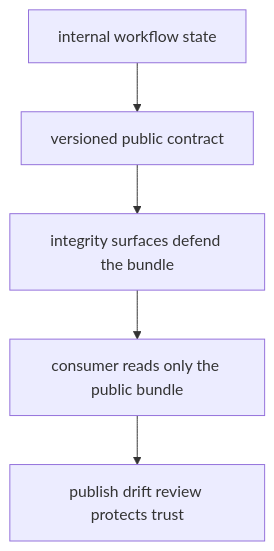
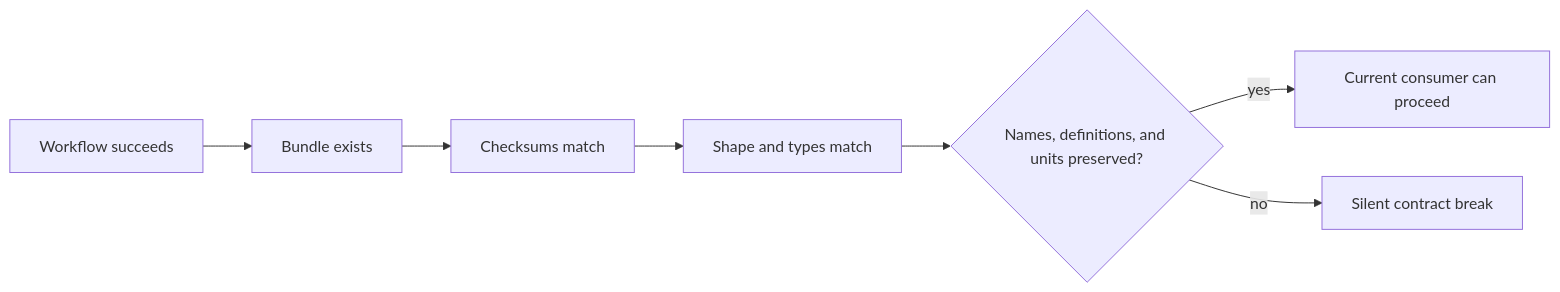
The first of 2 diagrams in programs/reproducible-research/deep-dive-snakemake/course-book/module-06-publishing-downstream-contracts/index.md (bijux/bijux-masterclass), drawn with Mermaid before and after one commit. The commit also changed other lines of this file, not shown here.

Commit message:
docs(snakemake): orient publication around consumer evidence

````diff
--- a/programs/reproducible-research/deep-dive-snakemake/course-book/module-06-publishing-downstream-contracts/index.md
+++ b/programs/reproducible-research/deep-dive-snakemake/course-book/module-06-publishing-downstream-contracts/index.md
@@ -26,7 +35,9 @@
 ```mermaid
-flowchart TD
-  internal["internal workflow state"] --> contract["versioned public contract"]
-  contract --> integrity["integrity surfaces defend the bundle"]
-  integrity --> consumer["consumer reads only the public bundle"]
-  consumer --> review["publish drift review protects trust"]
+flowchart LR
+  workflow["Workflow succeeds"] --> bytes["Bundle exists"]
+  bytes --> integrity["Checksums match"]
+  integrity --> schema["Shape and types match"]
+  schema --> semantics{"Names, definitions, and units preserved?"}
+  semantics -->|yes| compatible["Current consumer can proceed"]
+  semantics -->|no| breakage["Silent contract break"]
 ```
````
